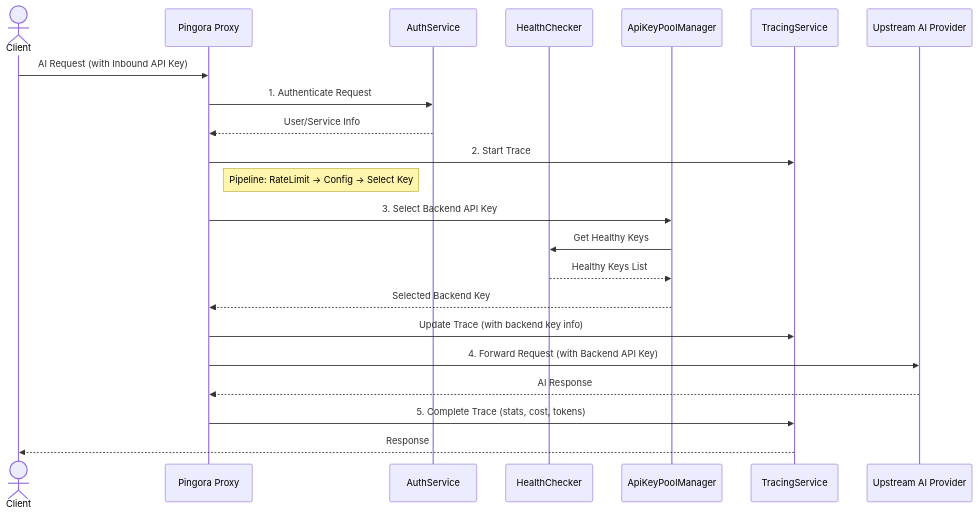
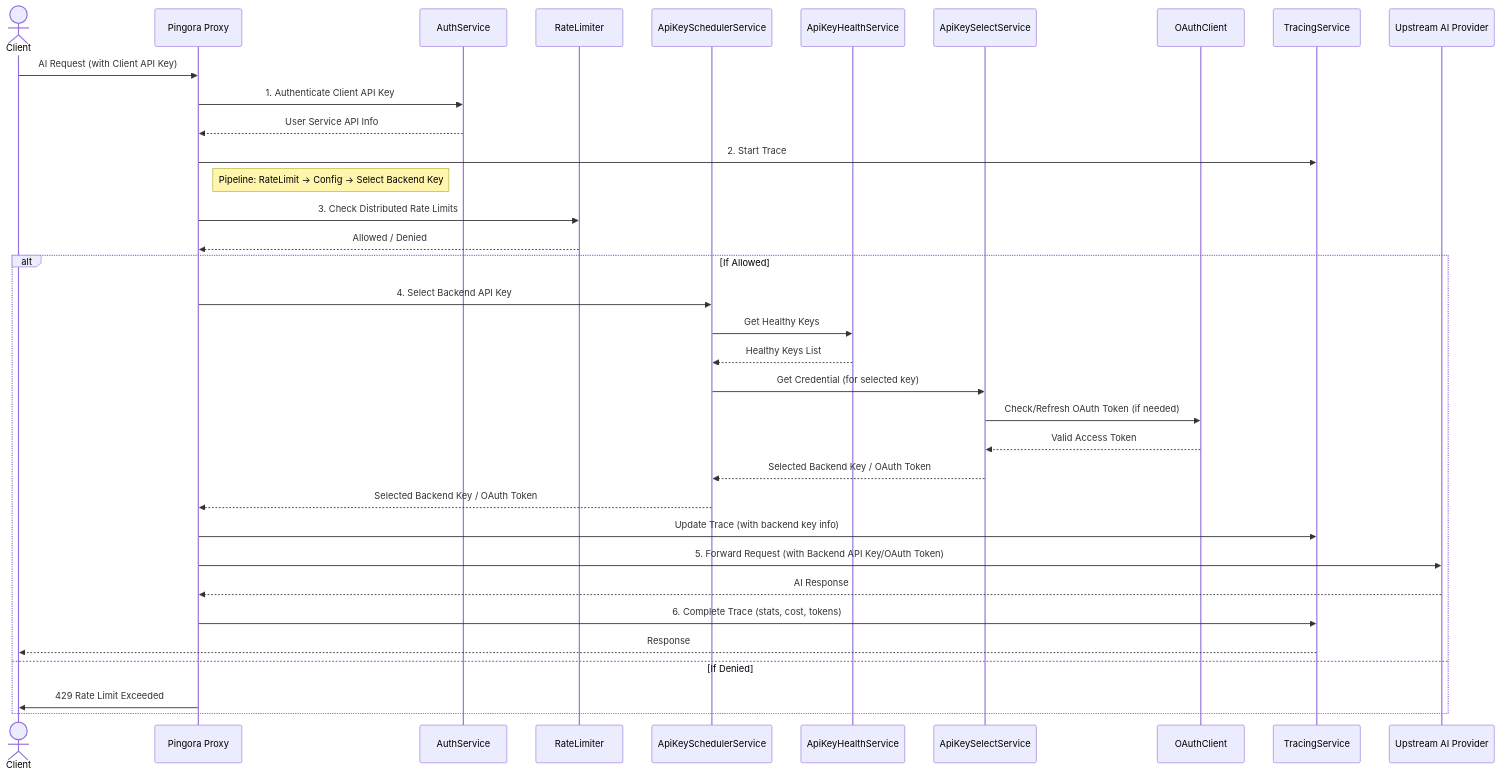
The second of 2 diagrams in README.md (MAQSOODAWANhaha/api-proxy), drawn with Mermaid before and after one commit. The commit also changed other lines of this file and 17 other files, not shown here.

First line of the commit message:
feat: Implement API Key Rate Limit Reset Task

````diff
--- a/README.md
+++ b/README.md
@@ -124,25 +148,38 @@
 ```mermaid
 sequenceDiagram
     actor Client
     participant Proxy as Pingora Proxy
-    participant Auth as AuthService
-    participant Health as HealthChecker
-    participant Scheduler as ApiKeyPoolManager
+    participant AuthService as AuthService
+    participant RateLimiter as RateLimiter
+    participant ApiKeySchedulerService as ApiKeySchedulerService
+    participant ApiKeyHealthService as ApiKeyHealthService
+    participant ApiKeySelectService as ApiKeySelectService
+    participant OAuthClient as OAuthClient
     participant Tracer as TracingService
     participant Provider as Upstream AI Provider
 
-    Client->>Proxy: AI Request (with Inbound API Key)
-    Proxy->>Auth: 1. Authenticate Request
-    Auth-->>Proxy: User/Service Info
+    Client->>Proxy: AI Request (with Client API Key)
+    Proxy->>AuthService: 1. Authenticate Client API Key
+    AuthService-->>Proxy: User Service API Info
     Proxy->>Tracer: 2. Start Trace
-    note right of Proxy: Pipeline: RateLimit -> Config -> Select Key
-    Proxy->>Scheduler: 3. Select Backend API Key
-    Scheduler->>Health: Get Healthy Keys
-    Health-->>Scheduler: Healthy Keys List
-    Scheduler-->>Proxy: Selected Backend Key
-    Proxy->>Tracer: Update Trace (with backend key info)
-    Proxy->>Provider: 4. Forward Request (with Backend API Key)
-    Provider-->>Proxy: AI Response
-    Proxy->>Tracer: 5. Complete Trace (stats, cost, tokens)
-    Tracer-->>Client: Response
+    note right of Proxy: Pipeline: RateLimit -> Config -> Select Backend Key
+    Proxy->>RateLimiter: 3. Check Distributed Rate Limits
+    RateLimiter-->>Proxy: Allowed / Denied
+    alt If Allowed
+        Proxy->>ApiKeySchedulerService: 4. Select Backend API Key
+        ApiKeySchedulerService->>ApiKeyHealthService: Get Healthy Keys
+        ApiKeyHealthService-->>ApiKeySchedulerService: Healthy Keys List
+        ApiKeySchedulerService->>ApiKeySelectService: Get Credential (for selected key)
+        ApiKeySelectService->>OAuthClient: Check/Refresh OAuth Token (if needed)
+        OAuthClient-->>ApiKeySelectService: Valid Access Token
+        ApiKeySelectService-->>ApiKeySchedulerService: Selected Backend Key / OAuth Token
+        ApiKeySchedulerService-->>Proxy: Selected Backend Key / OAuth Token
+        Proxy->>Tracer: Update Trace (with backend key info)
+        Proxy->>Provider: 5. Forward Request (with Backend API Key/OAuth Token)
+        Provider-->>Proxy: AI Response
+        Proxy->>Tracer: 6. Complete Trace (stats, cost, tokens)
+        Tracer-->>Client: Response
+    else If Denied
+        Proxy->>Client: 429 Rate Limit Exceeded
+    end
 ```
````
